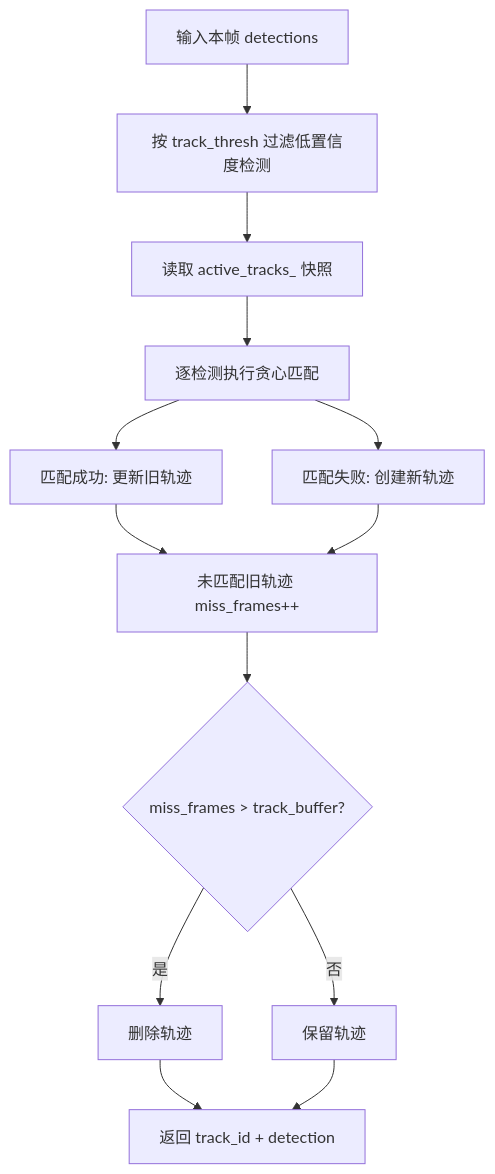
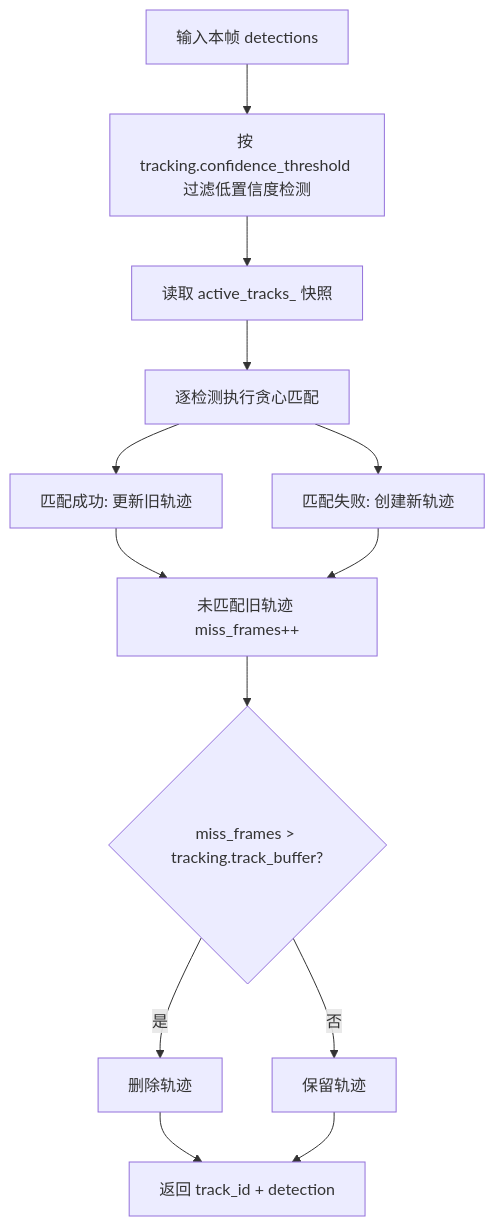
One commit to PT233/dog_dev changed the fourth of 4 diagrams in docs/tracker_node/tracker_node-code-guide.md. Above: the diagram before and after it, drawn with Mermaid. The commit also changed other lines of this file and 322 other files, not shown here.

````diff
--- a/docs/tracker_node/tracker_node-code-guide.md
+++ b/docs/tracker_node/tracker_node-code-guide.md
@@ -409,15 +409,15 @@
 ```mermaid
 flowchart TD
-    A[输入本帧 detections] --> B[按 track_thresh 过滤低置信度检测]
+    A[输入本帧 detections] --> B[按 tracking.confidence_threshold 过滤低置信度检测]
     B --> C[读取 active_tracks_ 快照]
     C --> D[逐检测执行贪心匹配]
     D --> E[匹配成功: 更新旧轨迹]
     D --> F[匹配失败: 创建新轨迹]
     E --> G[未匹配旧轨迹 miss_frames++]
     F --> G
-    G --> H{miss_frames > track_buffer?}
+    G --> H{miss_frames > tracking.track_buffer?}
     H -- 是 --> I[删除轨迹]
     H -- 否 --> J[保留轨迹]
     I --> K[返回 track_id + detection]
     J --> K
 ```
````
